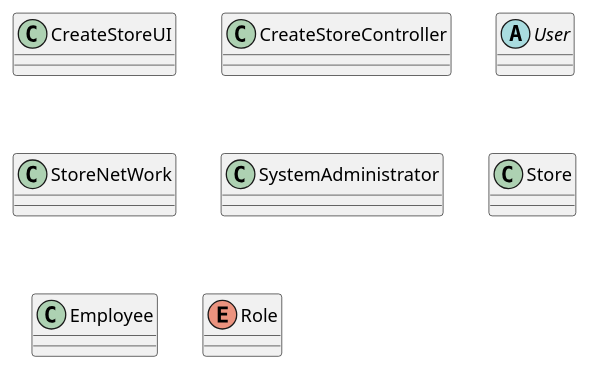
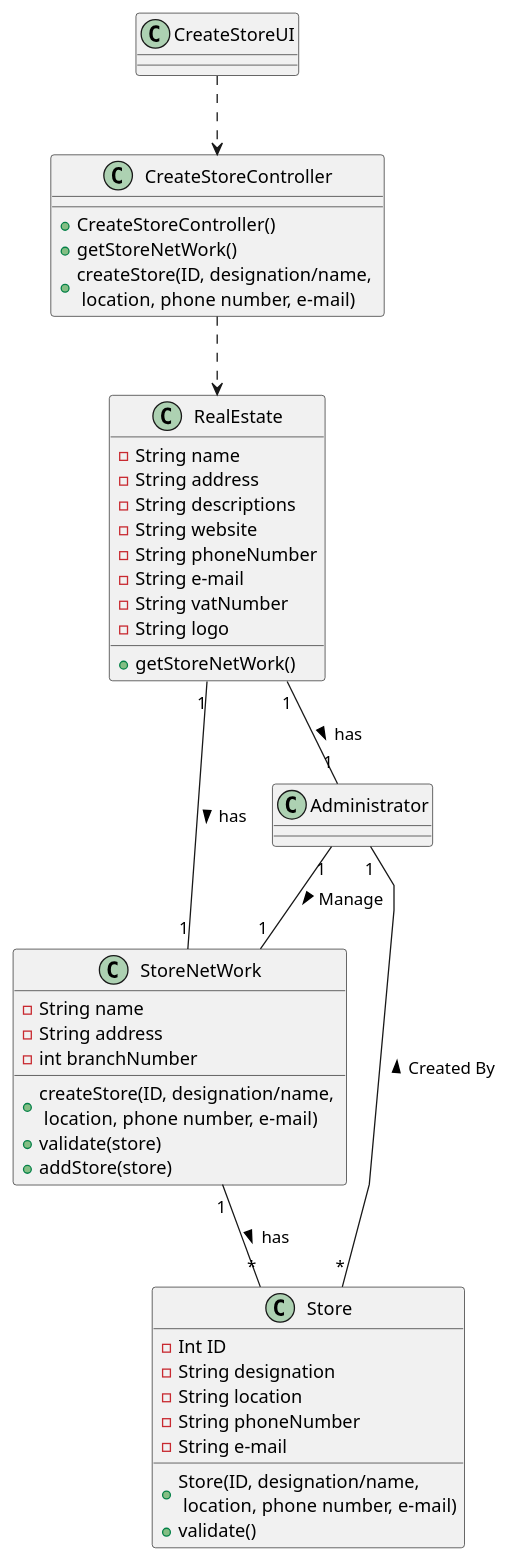
Before and after one commit to hugosilva2901/lei-22-s2-1DO-g68: the diagram in lei-22-s2-1do-g68/docs/sprintA/us005/03.design/puml/us005-ClassDiagram.puml, drawn with PlantUML. The commit also changed 20 other files, not shown here.

```diff
--- a/lei-22-s2-1do-g68/docs/sprintA/us005/03.design/puml/us005-ClassDiagram.puml
+++ b/lei-22-s2-1do-g68/docs/sprintA/us005/03.design/puml/us005-ClassDiagram.puml
@@ -1,31 +1,76 @@
 @startuml
 'skinparam monochrome true
 skinparam packageStyle rectangle
 skinparam shadowing false
 skinparam linetype polyline
 'skinparam linetype orto
 
-skinparam classAttributeIconSize 0
+
+
+
+
 class CreateStoreUI{
 }
 class CreateStoreController{
+    + CreateStoreController()
+    + getStoreNetWork()
+    + createStore(ID, designation/name, \n location, phone number, e-mail)
+
 }
 'left to right direction
 
-abstract class User{
+
+
+
+class RealEstate{
+    + getStoreNetWork()
+    - String name
+    - String address
+    - String descriptions
+    - String website
+    - String phoneNumber
+    - String e-mail
+    - String vatNumber
+    - String logo
+
 }
 class StoreNetWork{
+    + createStore(ID, designation/name, \n location, phone number, e-mail)
+    + validate(store)
+    + addStore(store)
+    - String name
+    - String address
+    - int branchNumber
 }
-class SystemAdministrator{
+class Administrator{
 }
 class Store{
-}
+    + Store(ID, designation/name, \n location, phone number, e-mail)
+    + validate()
+    - Int ID
+    - String designation
+    - String location
+    - String phoneNumber
+    - String e-mail
 
-class Employee{
-}
-enum Role{
 }
 
 
 
+CreateStoreController ..> RealEstate
+
+RealEstate "1"--"1" Administrator : has >
+RealEstate "1"--"1" StoreNetWork : has >
+
+
+
+
+StoreNetWork "1"--"*" Store : has >
+Administrator "1"--"*" Store : Created By <
+Administrator "1"--"1" StoreNetWork : Manage >
+CreateStoreUI ..> CreateStoreController
+
+
+
+
 @enduml
```
